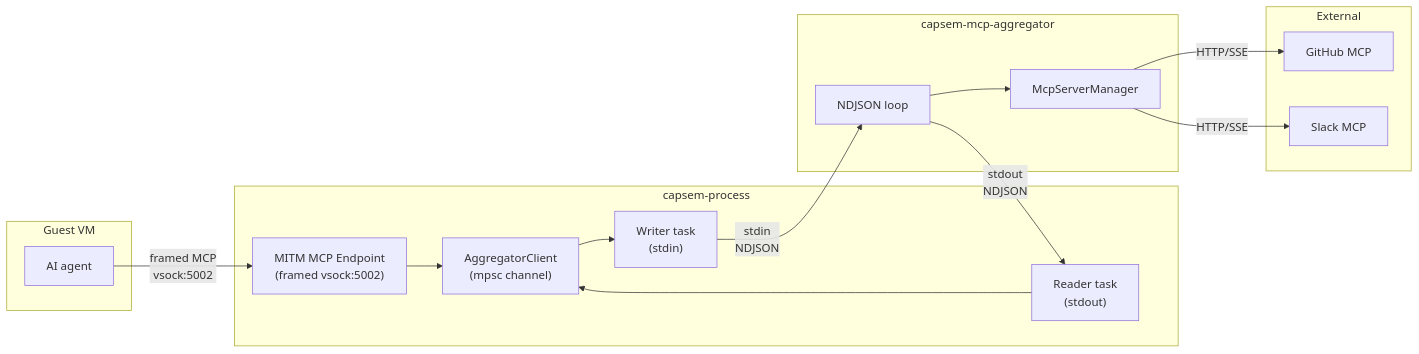
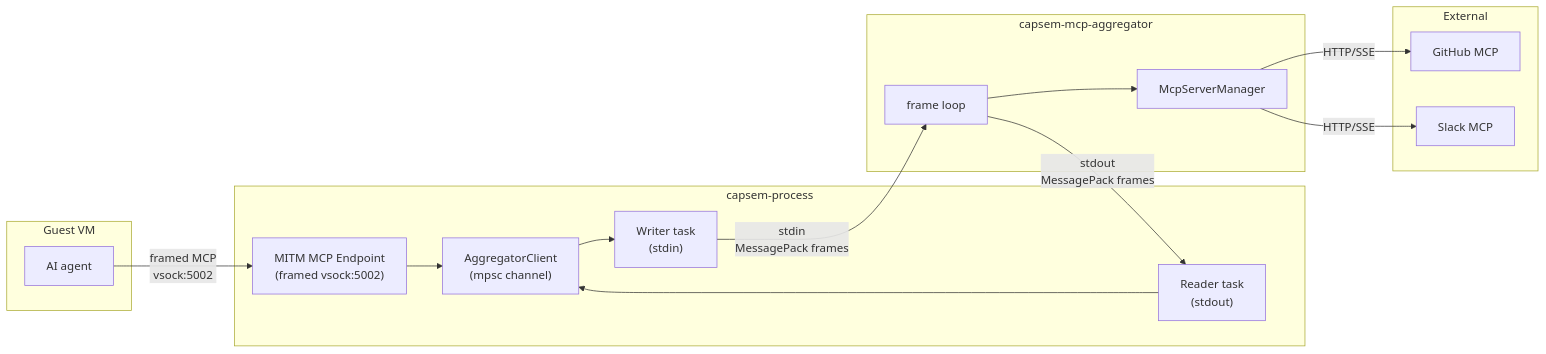
One commit to google/capsem changed the first of 2 diagrams in web/docs/src/content/docs/architecture/mcp-aggregator.md. Above: the diagram before and after it, drawn with Mermaid. The commit also changed other lines of this file and 5 other files, not shown here.

First line of the commit message:
docs(architecture): name the codecs the wire actually uses

````diff
--- a/web/docs/src/content/docs/architecture/mcp-aggregator.md
+++ b/web/docs/src/content/docs/architecture/mcp-aggregator.md
@@ -31,33 +31,33 @@
 ```mermaid
 graph LR
     subgraph "Guest VM"
         AGENT["AI agent"]
     end
 
     subgraph "capsem-process"
         EP["MITM MCP Endpoint<br/>(framed vsock:5002)"]
         CLIENT["AggregatorClient<br/>(mpsc channel)"]
         WRITER["Writer task<br/>(stdin)"]
         READER["Reader task<br/>(stdout)"]
     end
 
     subgraph "capsem-mcp-aggregator"
-        MAIN["NDJSON loop"]
+        MAIN["frame loop"]
         MGR["McpServerManager"]
     end
 
     subgraph "External"
         EXT1["GitHub MCP"]
         EXT2["Slack MCP"]
     end
 
     AGENT -->|"framed MCP<br/>vsock:5002"| EP
     EP --> CLIENT
     CLIENT --> WRITER
-    WRITER -->|"stdin<br/>NDJSON"| MAIN
+    WRITER -->|"stdin<br/>MessagePack frames"| MAIN
     MAIN --> MGR
     MGR -->|"HTTP/SSE"| EXT1
     MGR -->|"HTTP/SSE"| EXT2
-    MAIN -->|"stdout<br/>NDJSON"| READER
+    MAIN -->|"stdout<br/>MessagePack frames"| READER
     READER --> CLIENT
 ```
````
